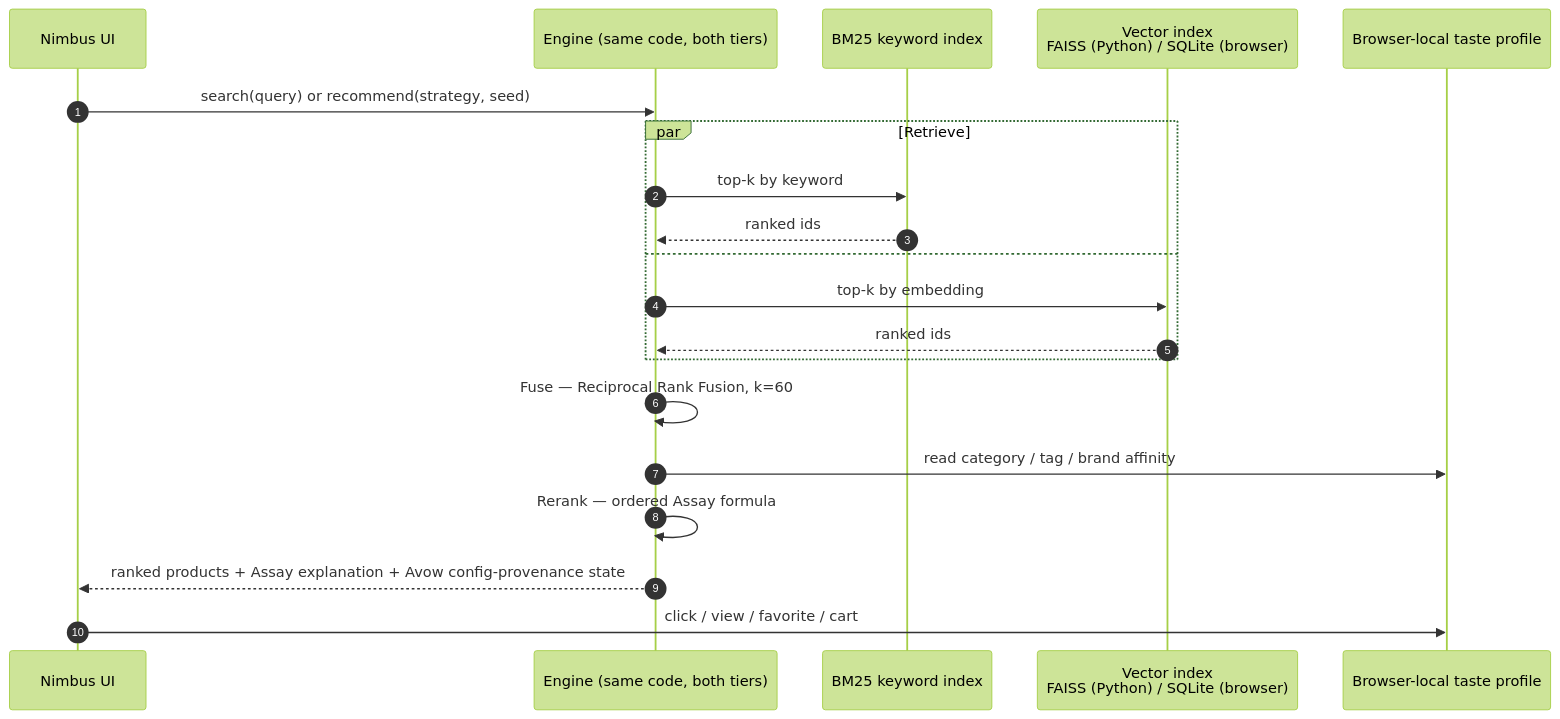
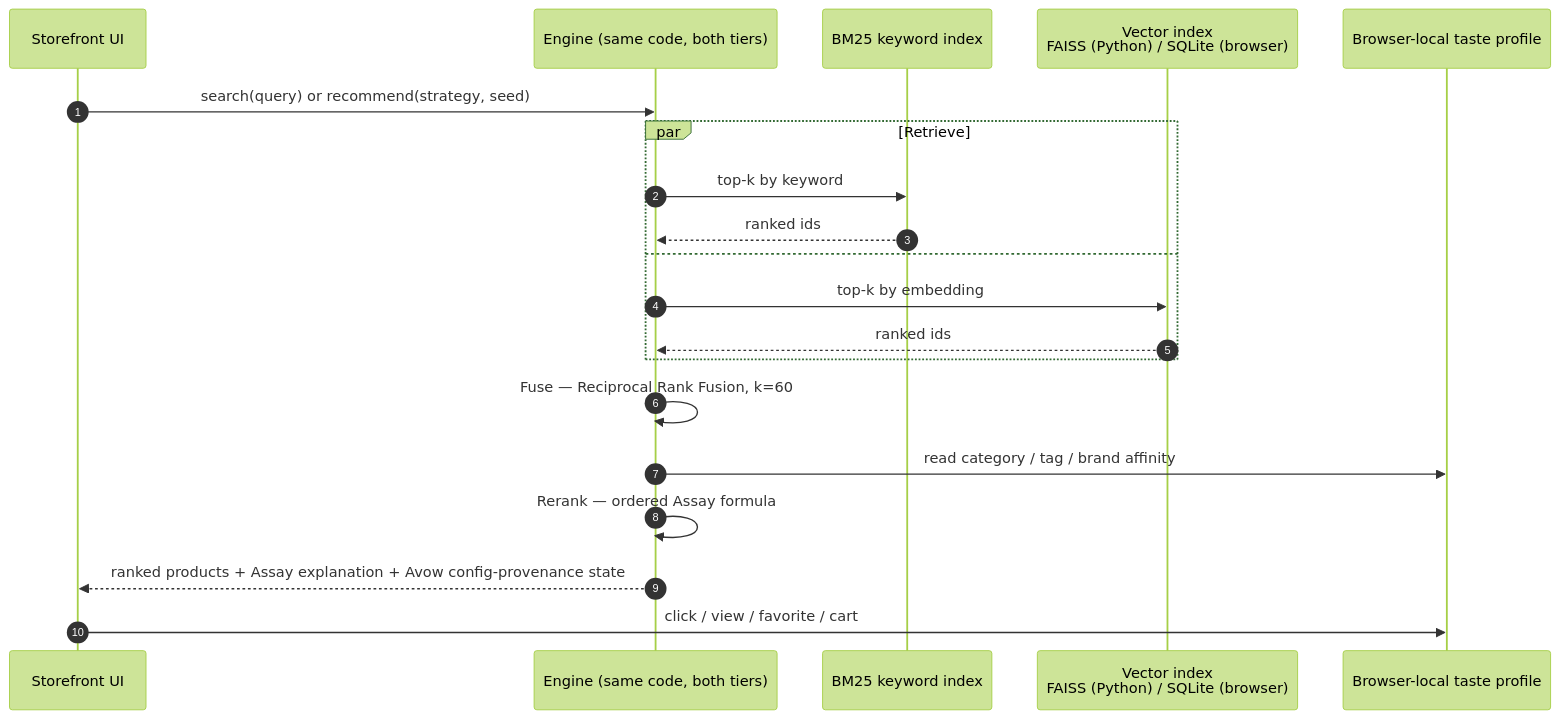
Before and after one commit to gainratio/edge-reco: the second of 4 diagrams in docs/ARCHITECTURE.md, drawn with Mermaid (forest theme). The commit also changed other lines of this file and 15 other files, not shown here.

````diff
--- a/docs/ARCHITECTURE.md
+++ b/docs/ARCHITECTURE.md
@@ -59,23 +59,23 @@
 ```mermaid
 sequenceDiagram
     autonumber
-    participant UI as Nimbus UI
+    participant UI as Storefront UI
     participant Engine as Engine (same code, both tiers)
     participant BM25 as BM25 keyword index
     participant Vec as Vector index<br/>FAISS (Python) / SQLite (browser)
     participant Session as Browser-local taste profile
 
     UI->>Engine: search(query) or recommend(strategy, seed)
     par Retrieve
         Engine->>BM25: top-k by keyword
         BM25-->>Engine: ranked ids
     and
         Engine->>Vec: top-k by embedding
         Vec-->>Engine: ranked ids
     end
     Engine->>Engine: Fuse — Reciprocal Rank Fusion, k=60
     Engine->>Session: read category / tag / brand affinity
     Engine->>Engine: Rerank — ordered Assay formula
     Engine-->>UI: ranked products + Assay explanation + Avow config-provenance state
     UI->>Session: click / view / favorite / cart
 ```
````
